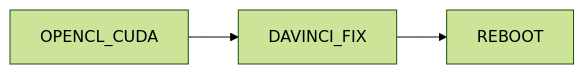
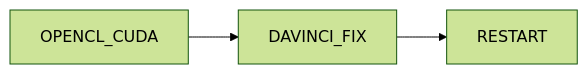
One commit to minto3792/opencl-switcher changed the first of 3 diagrams in README.md. Above: the diagram before and after it, drawn with Mermaid (forest theme).

````diff
--- a/README.md
+++ b/README.md
@@ -87,4 +87,4 @@
 ```mermaid
 graph LR
-    A[OPENCL_CUDA] --> B[DAVINCI_FIX] --> C[REBOOT]
+    A[OPENCL_CUDA] --> B[DAVINCI_FIX] --> C[RESTART]
 ```
````
